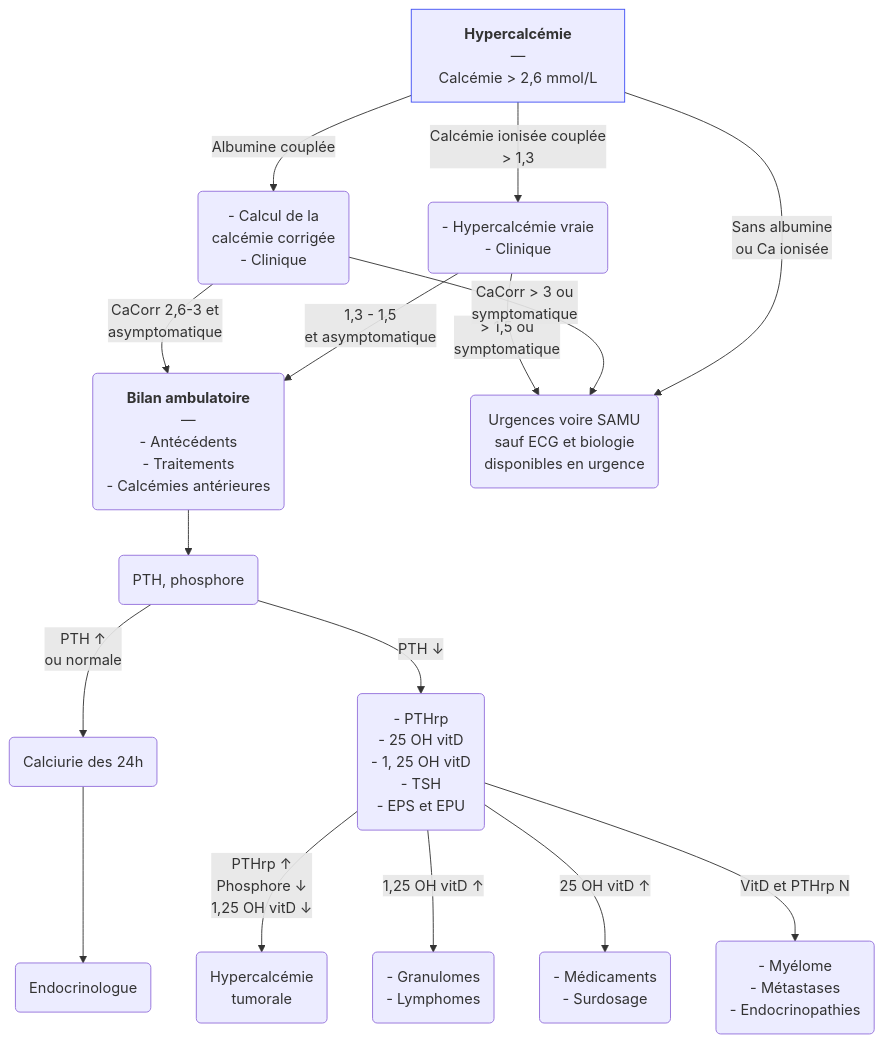
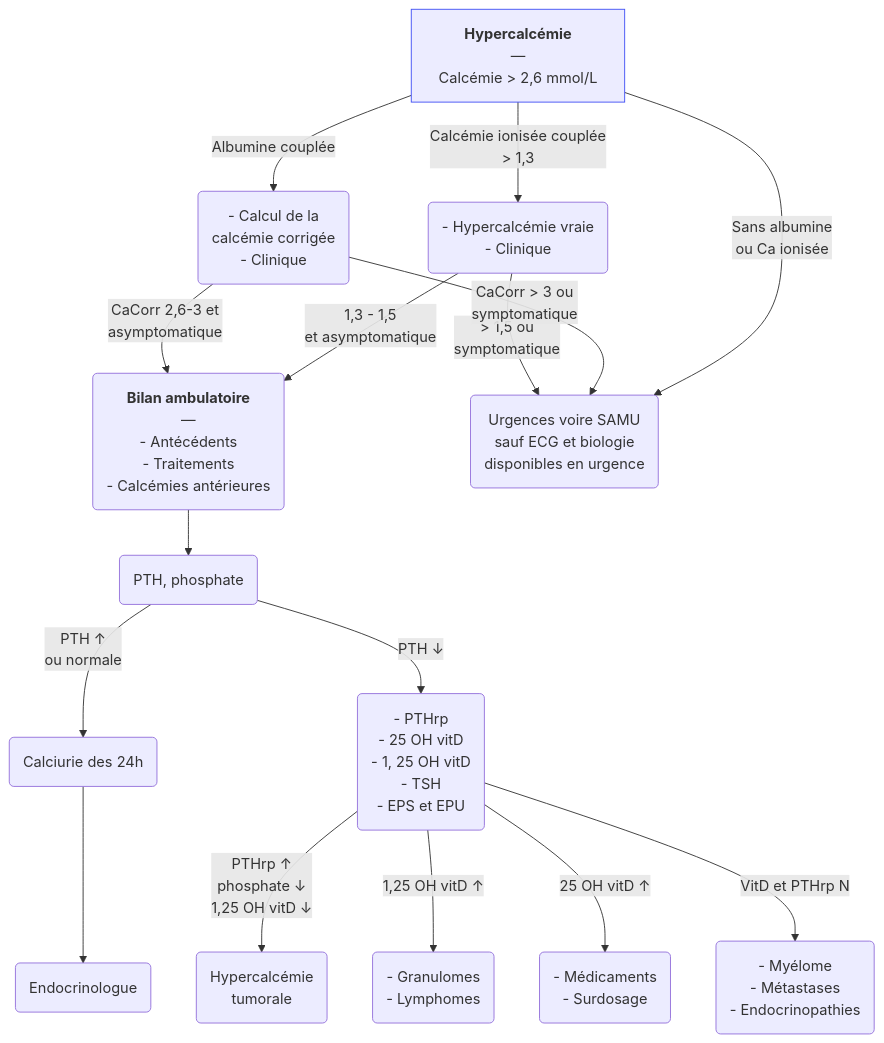
The diagram in content/recommandations/hypercalcemie.md (djibe/recommandations-medicales), drawn with Mermaid before and after one commit. The commit also changed other lines of this file and 8 other files, not shown here.

```diff
--- a/content/recommandations/hypercalcemie.md
+++ b/content/recommandations/hypercalcemie.md
@@ -199,13 +199,13 @@
 {{< mermaid title="Prise en charge d'une hypercalcémie par le médecin généraliste. Dr JB Fron d'après Collèges" >}}
 graph TB
-  hypercalcémie["<b>Hypercalcémie</b><br>—<br>Calcémie &gt; 2,6 mmol/L"] -- Albumine couplée --> corrigée("- Calcul de la <br>calcémie corrigée<br>- Clinique") -- "CaCorr 2,6-3 et<br>asymptomatique" --> ambulatoire("<b>Bilan ambulatoire</b><br>—<br>- Antécédents<br>- Traitements<br>- Calcémies antérieures") --> bilan("PTH, phosphore") -- "PTH ↑<br>ou normale" --> calciurie(Calciurie des 24h) --> endocrinologue(Endocrinologue)
-  bilan -- PTH ↓ --> complémentaire("- PTHrp<br>- 25 OH vitD<br>- 1, 25 OH vitD<br>- TSH<br>- EPS et EPU") -- "PTHrp ↑<br>Phosphore ↓<br>1,25 OH vitD ↓" --> cancer("Hypercalcémie<br>tumorale")
+  hypercalcémie["<b>Hypercalcémie</b><br>—<br>Calcémie &gt; 2,6 mmol/L"] -- Albumine couplée --> corrigée("- Calcul de la <br>calcémie corrigée<br>- Clinique") -- "CaCorr 2,6-3 et<br>asymptomatique" --> ambulatoire("<b>Bilan ambulatoire</b><br>—<br>- Antécédents<br>- Traitements<br>- Calcémies antérieures") --> bilan("PTH, phosphate") -- "PTH ↑<br>ou normale" --> calciurie(Calciurie des 24h) --> endocrinologue(Endocrinologue)
+  bilan -- PTH ↓ --> complémentaire("- PTHrp<br>- 25 OH vitD<br>- 1, 25 OH vitD<br>- TSH<br>- EPS et EPU") -- "PTHrp ↑<br>phosphate ↓<br>1,25 OH vitD ↓" --> cancer("Hypercalcémie<br>tumorale")
     hypercalcémie -- "Calcémie ionisée couplée<br>&gt; 1,3" --> ionisée("- Hypercalcémie vraie<br>- Clinique") -- "&gt; 1,5 ou<br>symptomatique" --> urgences("Urgences voire SAMU<br>sauf ECG et biologie<br>disponibles en urgence")
       corrigée -- "CaCorr &gt; 3 ou<br>symptomatique" --> urgences
     hypercalcémie -- "Sans albumine<br>ou Ca ionisée" --> urgences
       ionisée -- "1,3 - 1,5<br> et asymptomatique" --> ambulatoire
         complémentaire -- "1,25 OH vitD ↑" --> granulome("- Granulomes<br>- Lymphomes")
         complémentaire -- "25 OH vitD ↑" --> médicament("- Médicaments<br>- Surdosage")
         complémentaire -- "VitD et PTHrp N" --> myélome("- Myélome<br>- Métastases<br>- Endocrinopathies")
   style hypercalcémie stroke:#4150f5, stroke-width:1px
 {{< /mermaid >}}
```
